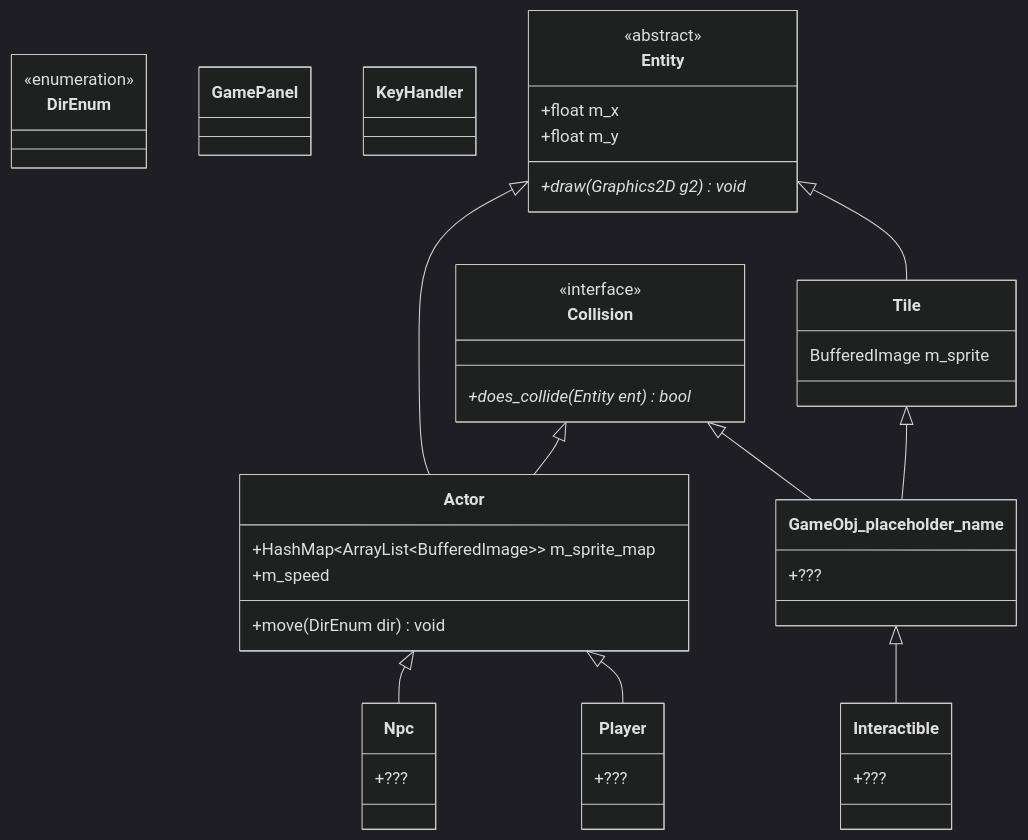
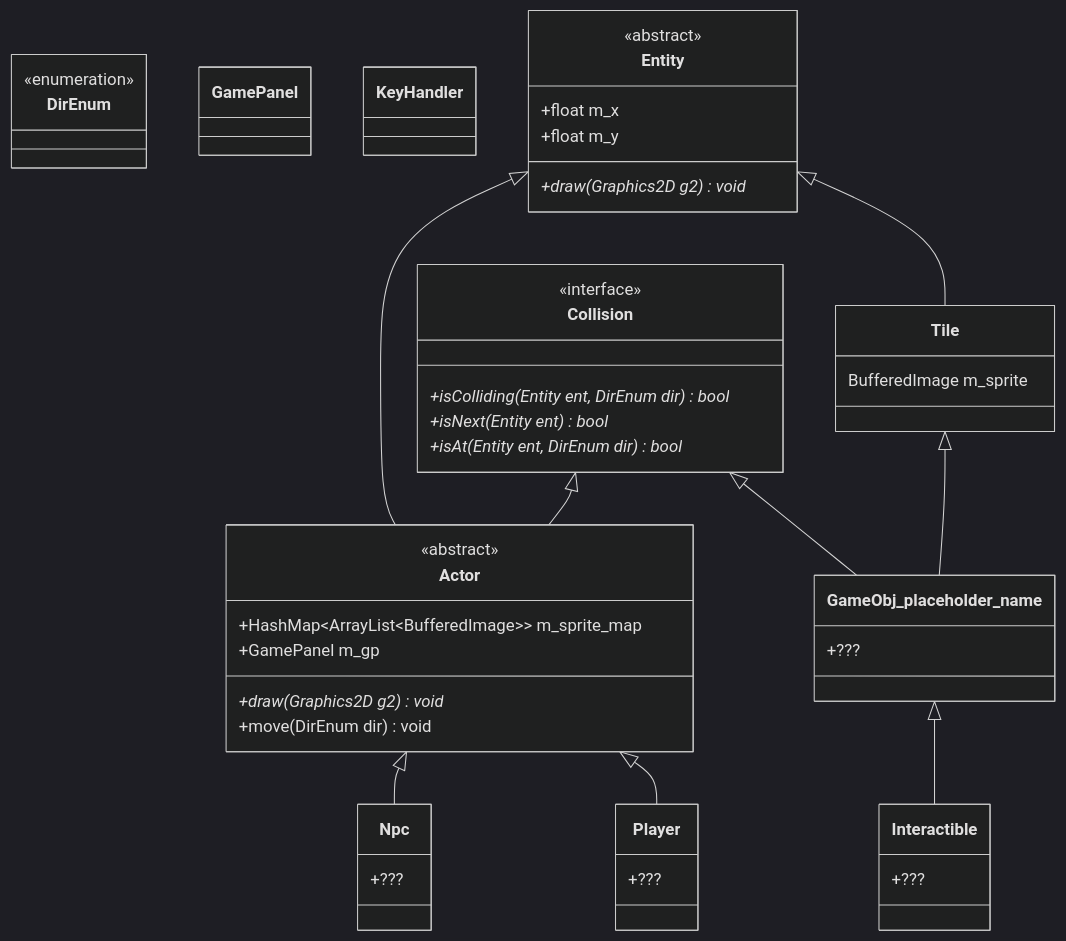
One commit to verdiur/woolshop changed the diagram in README.md. Above: the diagram before and after it, drawn with Mermaid (dark theme). The commit also changed other lines of this file and 5 other files, not shown here.

````diff
--- a/README.md
+++ b/README.md
@@ -5,65 +5,69 @@
 ```mermaid
 classDiagram
     
     class DirEnum {    
     }
     <<enumeration>> DirEnum
 
     class GamePanel {
     }
     
     class KeyHandler {
     }
 
     class Entity {
         +float m_x
         +float m_y
         +draw(Graphics2D g2)* void
     }
     <<abstract>> Entity
 
     class Collision {
-        +does_collide(Entity ent)* bool
+        +isColliding(Entity ent, DirEnum dir)* bool
+        +isNext(Entity ent)* bool
+        +isAt(Entity ent, DirEnum dir)* bool
     }
     <<interface>> Collision
 
     class Actor {
         +HashMap~ArrayList~BufferedImage~~ m_sprite_map
-        +m_speed
+        +GamePanel m_gp
+        +draw(Graphics2D g2)* void
         +move(DirEnum dir) void
     }
+    <<abstract>> Actor
 
     class Tile {
         BufferedImage m_sprite
     }
 
     class GameObj_placeholder_name {
         +???
     }
 
     class Interactible {
         +???
     }
 
     class Npc {
         +???
     }
 
     class Player {
         +???
     }
 
     Entity <|-- Actor
     Collision <|-- Actor
 
     Entity <|-- Tile
 
     Collision <|-- GameObj_placeholder_name
     Tile <|-- GameObj_placeholder_name
 
     GameObj_placeholder_name <|-- Interactible
 
     Actor <|-- Npc
 
     Actor <|-- Player
 ```
````
